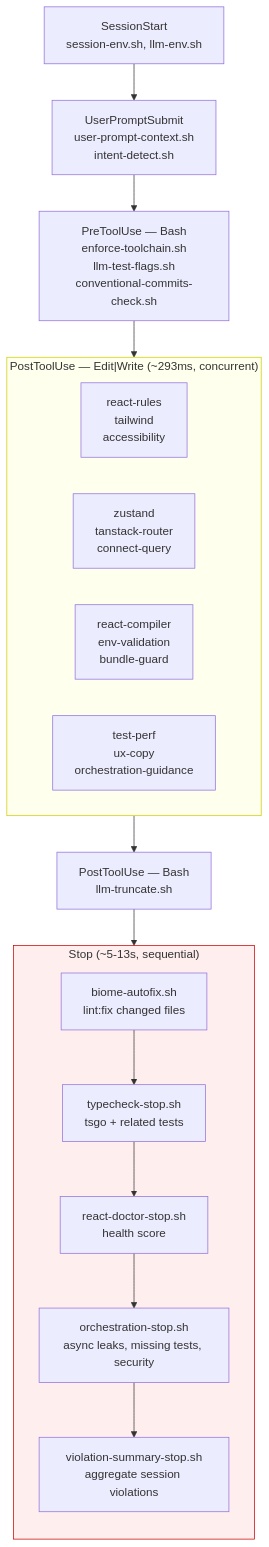
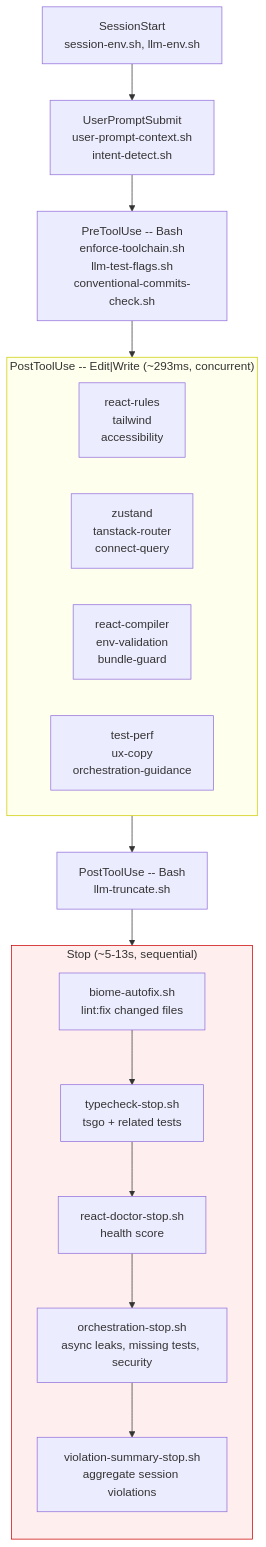
Before and after one commit to malinskibeniamin/skills: the third of 3 diagrams in README.md, drawn with Mermaid. The commit also changed other lines of this file and 81 other files, not shown here.

````diff
--- a/README.md
+++ b/README.md
@@ -815,31 +815,31 @@
 ```mermaid
 graph TD
     SS["SessionStart\nsession-env.sh, llm-env.sh"]
     UP["UserPromptSubmit\nuser-prompt-context.sh\nintent-detect.sh"]
-    PRE["PreToolUse — Bash\nenforce-toolchain.sh\nllm-test-flags.sh\nconventional-commits-check.sh"]
+    PRE["PreToolUse -- Bash\nenforce-toolchain.sh\nllm-test-flags.sh\nconventional-commits-check.sh"]
 
-    subgraph POST ["PostToolUse — Edit|Write (~293ms, concurrent)"]
+    subgraph POST ["PostToolUse -- Edit|Write (~293ms, concurrent)"]
         direction LR
         P1["react-rules\ntailwind\naccessibility"]
         P2["zustand\ntanstack-router\nconnect-query"]
         P3["react-compiler\nenv-validation\nbundle-guard"]
         P4["test-perf\nux-copy\norchestration-guidance"]
     end
 
-    PB["PostToolUse — Bash\nllm-truncate.sh"]
+    PB["PostToolUse -- Bash\nllm-truncate.sh"]
 
     subgraph STOP ["Stop (~5-13s, sequential)"]
         direction TB
         ST1["biome-autofix.sh\nlint:fix changed files"]
         ST2["typecheck-stop.sh\ntsgo + related tests"]
         ST3["react-doctor-stop.sh\nhealth score"]
         ST4["orchestration-stop.sh\nasync leaks, missing tests, security"]
         ST5["violation-summary-stop.sh\naggregate session violations"]
         ST1 --> ST2 --> ST3 --> ST4 --> ST5
     end
 
     SS --> UP --> PRE --> POST --> PB --> STOP
 
     style POST fill:#ffe,stroke:#cc0
     style STOP fill:#fee,stroke:#c00
 ```
````
